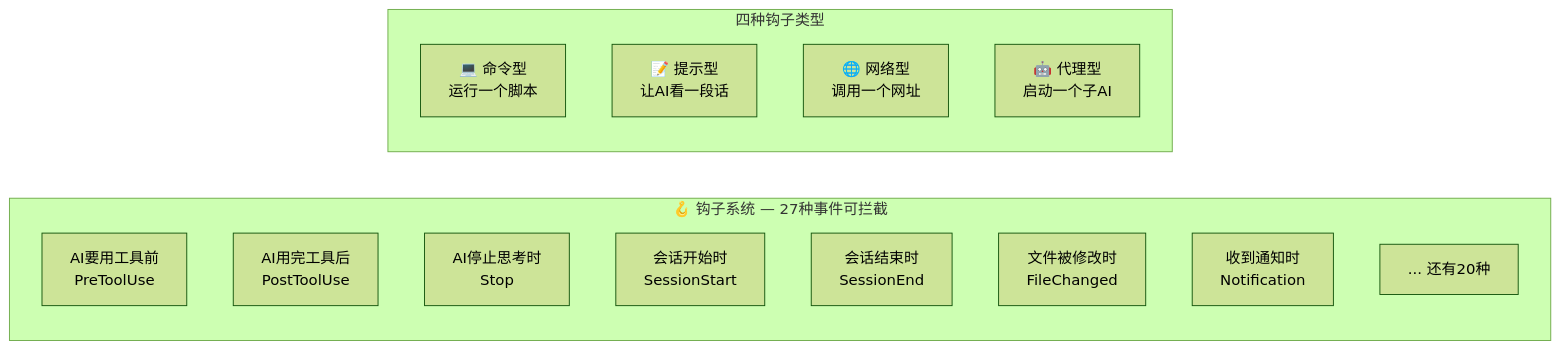
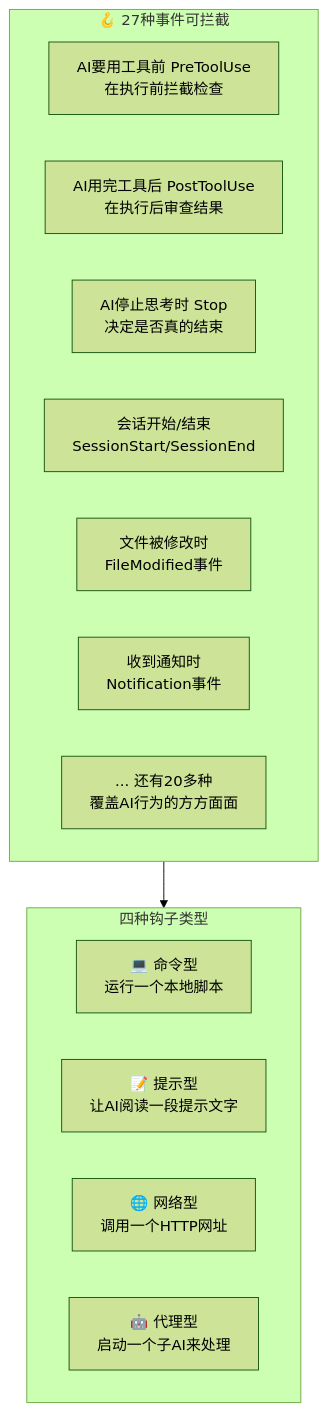
One commit to WSbaikaishui/claude-code-source-code changed diagram 15 of 25 in docs/architecture/00-visual-guide-complete.md. Above: the diagram before and after it, drawn with Mermaid (forest theme). The commit also changed other lines of this file and 73 other files, not shown here.

First line of the commit message:
Fix all Mermaid diagrams: restore semantics + fix dimensions

````diff
--- a/docs/architecture/00-visual-guide-complete.md
+++ b/docs/architecture/00-visual-guide-complete.md
@@ -460,20 +439,19 @@
 ```mermaid
-graph LR
-    subgraph HOOKS["🪝 钩子系统 — 27种事件可拦截"]
-        H1["AI要用工具前<br/>PreToolUse"]
-        H2["AI用完工具后<br/>PostToolUse"]
-        H3["AI停止思考时<br/>Stop"]
-        H4["会话开始时<br/>SessionStart"]
-        H5["会话结束时<br/>SessionEnd"]
-        H6["文件被修改时<br/>FileChanged"]
-        H7["收到通知时<br/>Notification"]
-        H8["... 还有20种"]
+graph TD
+    subgraph HOOKS["🪝 27种事件可拦截"]
+        H1["AI要用工具前 PreToolUse<br/>在执行前拦截检查"]
+        H2["AI用完工具后 PostToolUse<br/>在执行后审查结果"]
+        H3["AI停止思考时 Stop<br/>决定是否真的结束"]
+        H4["会话开始/结束<br/>SessionStart/SessionEnd"]
+        H5["文件被修改时<br/>FileModified事件"]
+        H6["收到通知时<br/>Notification事件"]
+        H7["... 还有20多种<br/>覆盖AI行为的方方面面"]
     end
-
     subgraph TYPES["四种钩子类型"]
-        HT1["💻 命令型<br/>运行一个脚本"]
-        HT2["📝 提示型<br/>让AI看一段话"]
-        HT3["🌐 网络型<br/>调用一个网址"]
-        HT4["🤖 代理型<br/>启动一个子AI"]
+        HT1["💻 命令型<br/>运行一个本地脚本"]
+        HT2["📝 提示型<br/>让AI阅读一段提示文字"]
+        HT3["🌐 网络型<br/>调用一个HTTP网址"]
+        HT4["🤖 代理型<br/>启动一个子AI来处理"]
     end
+    HOOKS --> TYPES
 ```
````
